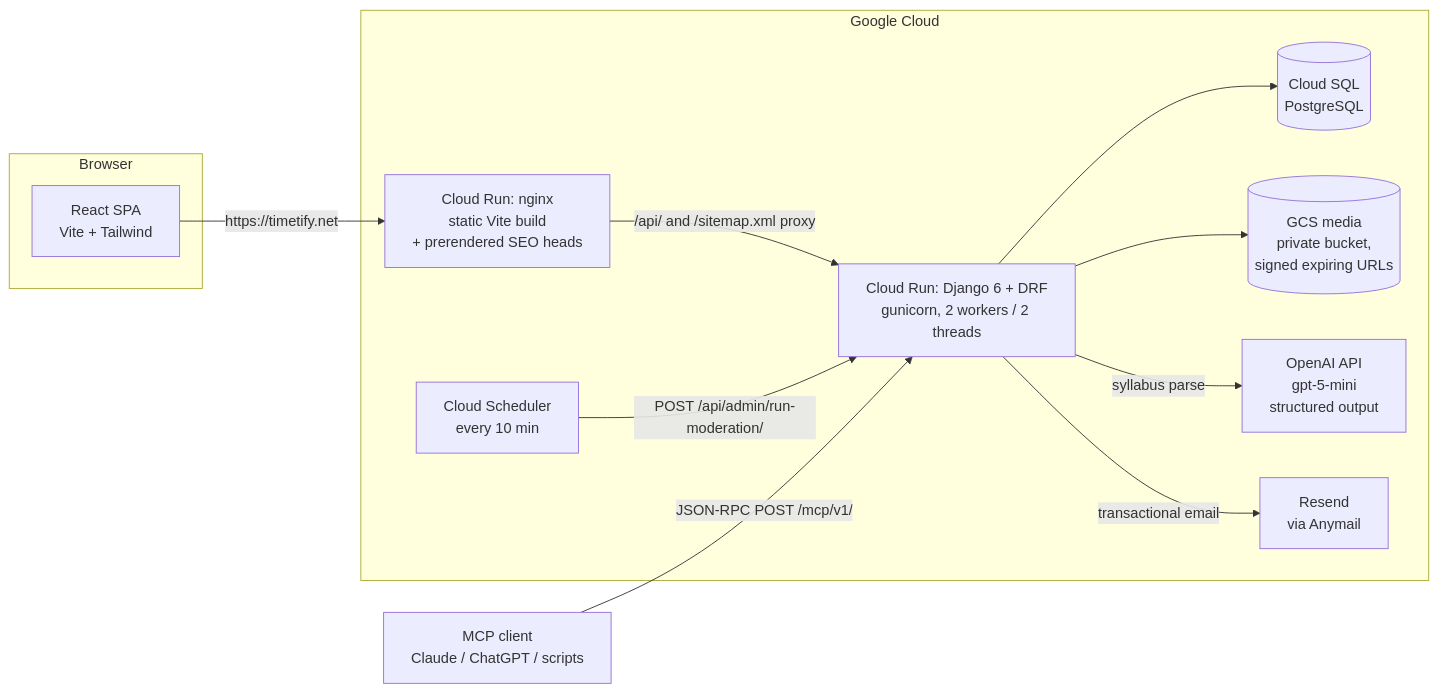
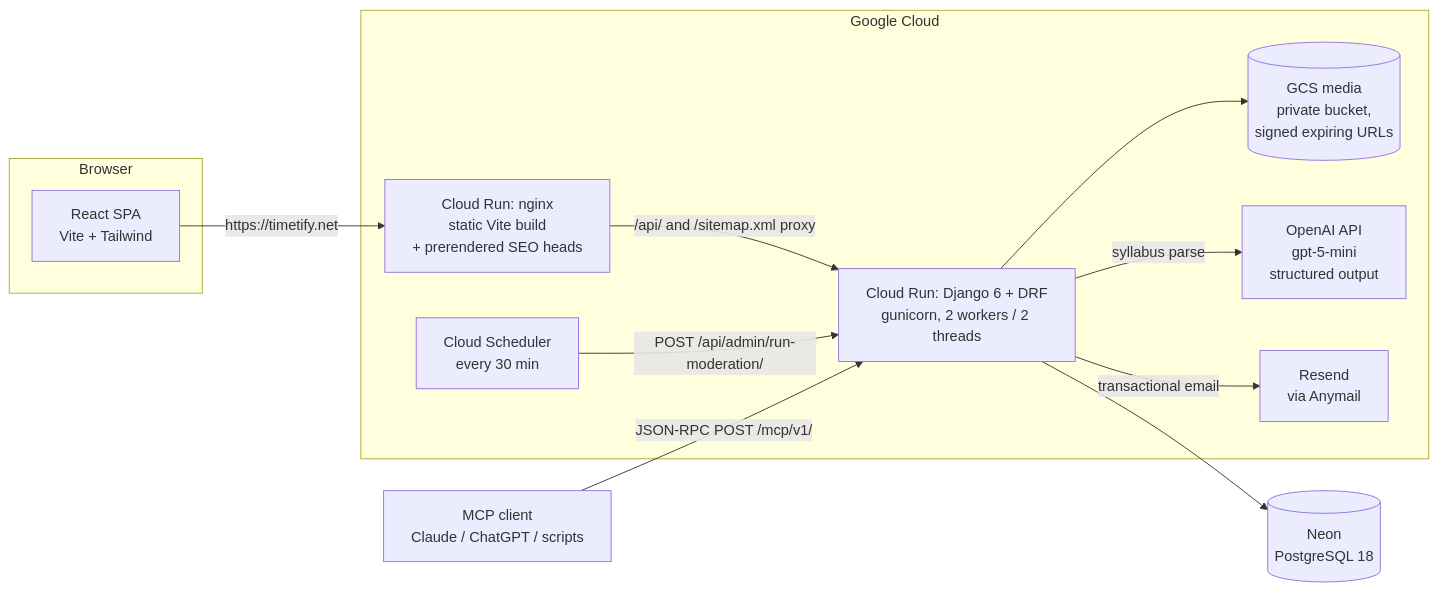
The diagram in README.md (Her304/timetify-gcp), drawn with Mermaid before and after one commit. The commit also changed other lines of this file and 5 other files, not shown here.

First line of the commit message:
Move production Postgres to Neon; trim BackendLog; slow the moderation cron

````diff
--- a/README.md
+++ b/README.md
@@ -38,25 +38,25 @@
 ```mermaid
 flowchart LR
     subgraph browser[Browser]
         SPA["React SPA<br/>Vite + Tailwind"]
     end
     subgraph gcp[Google Cloud]
         FE["Cloud Run: nginx<br/>static Vite build<br/>+ prerendered SEO heads"]
         BE["Cloud Run: Django 6 + DRF<br/>gunicorn, 2 workers / 2 threads"]
-        DB[("Cloud SQL<br/>PostgreSQL")]
+        CRON["Cloud Scheduler<br/>every 30 min"]
         GCS[("GCS media<br/>private bucket,<br/>signed expiring URLs")]
-        CRON["Cloud Scheduler<br/>every 10 min"]
         AI["OpenAI API<br/>gpt-5-mini<br/>structured output"]
         MAIL["Resend<br/>via Anymail"]
     end
+    DB[("Neon<br/>PostgreSQL 18")]
     AGENT["MCP client<br/>Claude / ChatGPT / scripts"]
 
     SPA -->|https://timetify.net| FE
     FE -->|/api/ and /sitemap.xml proxy| BE
     BE --> DB
     BE --> GCS
     BE -->|syllabus parse| AI
     BE -->|transactional email| MAIL
     CRON -->|POST /api/admin/run-moderation/| BE
     AGENT -->|JSON-RPC POST /mcp/v1/| BE
 ```
````
